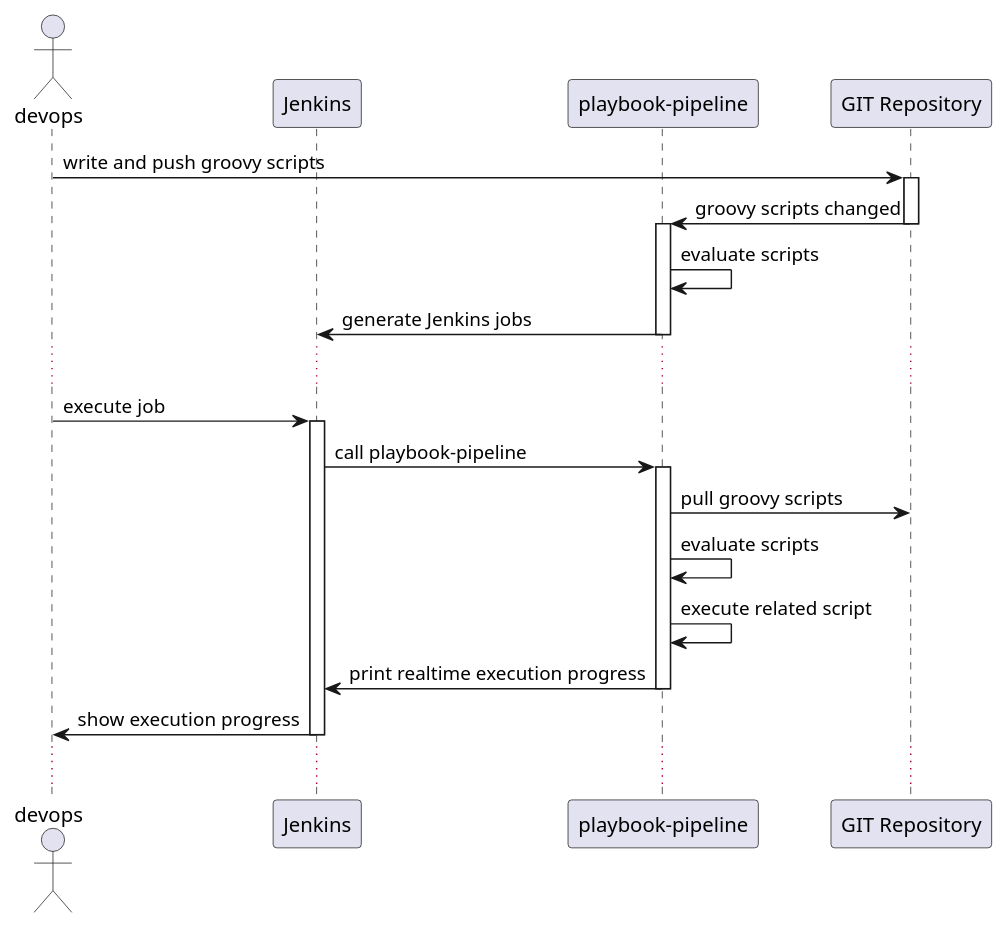
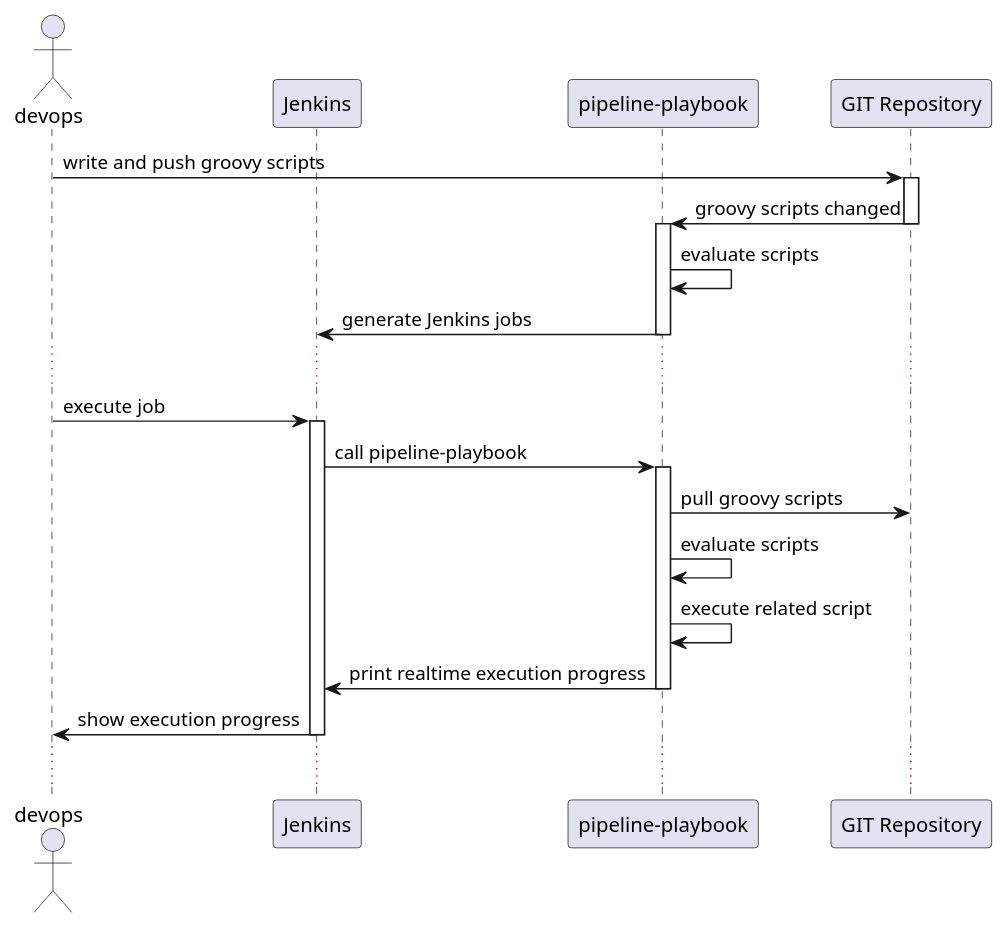
The diagram in doc/images/global-design-sequence.puml (HappyTuesday/pipeline-playbook-core), drawn with PlantUML before and after one commit. The commit also changed 4 other files, not shown here.

Commit message:
rename project name from playbook-pipeline to pipeline-playbook

```diff
--- a/doc/images/global-design-sequence.puml
+++ b/doc/images/global-design-sequence.puml
@@ -1,28 +1,28 @@
 @startuml
 actor devops
 participant "Jenkins" as jenkins
-participant "playbook-pipeline" as pipeline
+participant "pipeline-playbook" as pipeline
 participant "GIT Repository" as git
 
 devops -> git : write and push groovy scripts
 activate git
 git -> pipeline : groovy scripts changed
 deactivate git
 activate pipeline
 pipeline -> pipeline : evaluate scripts
 pipeline -> jenkins : generate Jenkins jobs
 deactivate pipeline
 ...
 devops -> jenkins : execute job
 activate jenkins
-jenkins -> pipeline : call playbook-pipeline
+jenkins -> pipeline : call pipeline-playbook
 activate pipeline
 pipeline -> git : pull groovy scripts
 pipeline -> pipeline : evaluate scripts
 pipeline -> pipeline : execute related script
 pipeline -> jenkins : print realtime execution progress
 deactivate pipeline
 jenkins -> devops : show execution progress
 deactivate jenkins
 ...
 @enduml
```
